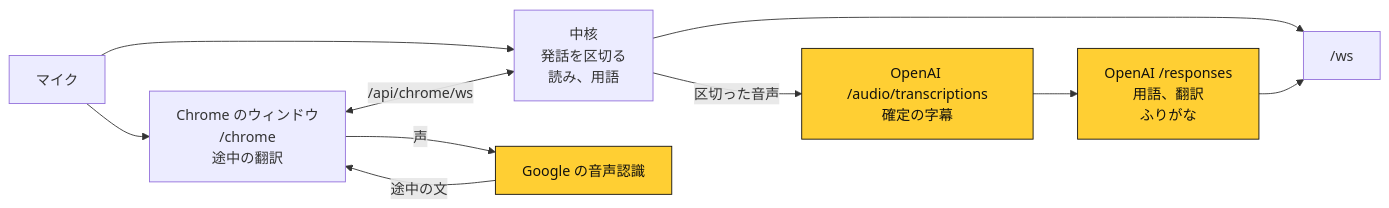
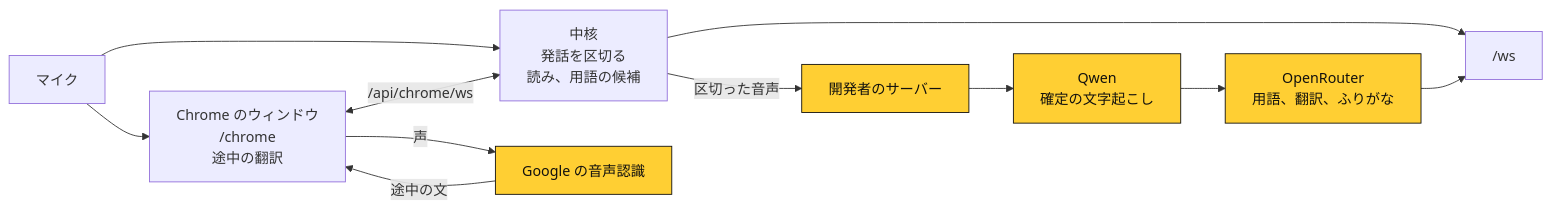
One commit to Chiji1108/deadlock-jimaku changed the second of 4 diagrams in README.md. Above: the diagram before and after it, drawn with Mermaid. The commit also changed other lines of this file and 1 other file, not shown here.

````diff
--- a/README.md
+++ b/README.md
@@ -156,14 +163,15 @@
 ```mermaid
 flowchart LR
-  mic["マイク"] --> core["中核<br/>発話を区切る<br/>読み、用語"]
+  mic["マイク"] --> core["中核<br/>発話を区切る<br/>読み、用語の候補"]
   mic --> tab["Chrome のウィンドウ<br/>/chrome<br/>途中の翻訳"]
   tab -- "声" --> google["Google の音声認識"]
   google -- "途中の文" --> tab
   tab <-- "/api/chrome/ws" --> core
-  core -- "区切った音声" --> batch["OpenAI /audio/transcriptions<br/>確定の字幕"]
-  batch --> llm["OpenAI /responses<br/>用語、翻訳<br/>ふりがな"]
+  core -- "区切った音声" --> worker["開発者のサーバー"]
+  worker --> stt["Qwen<br/>確定の文字起こし"]
+  stt --> words["OpenRouter<br/>用語、翻訳、ふりがな"]
   core --> ws["/ws"]
-  llm --> ws
+  words --> ws
   classDef cloud fill:#ffcf33,stroke:#12110e,color:#12110e
-  class google,batch,llm cloud
+  class google,worker,stt,words cloud
 ```
````
